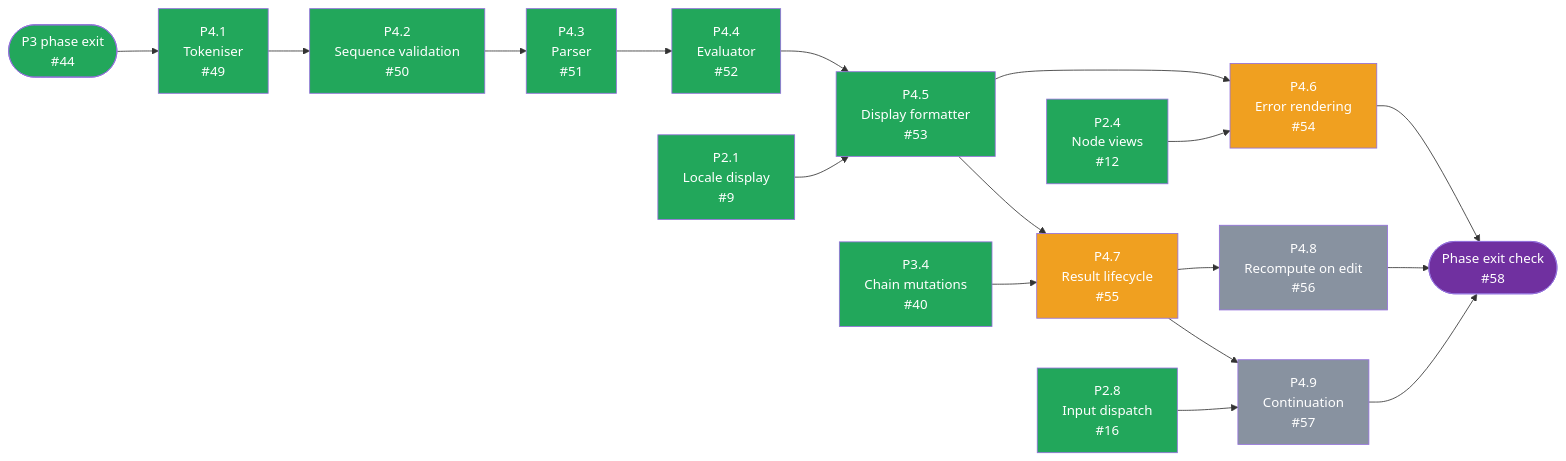
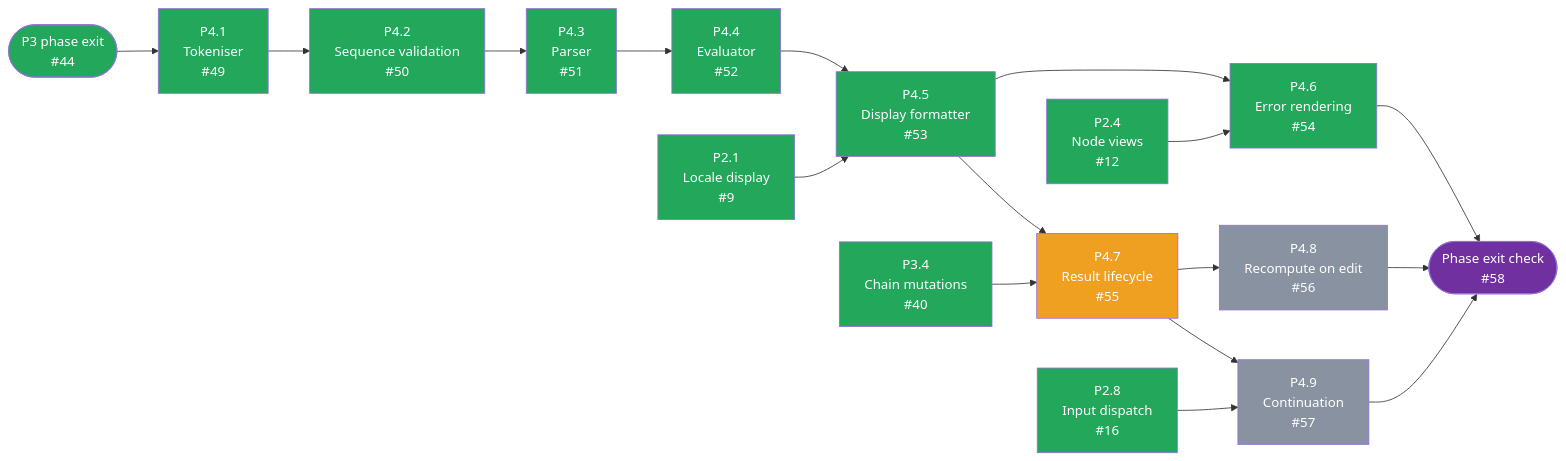
Before and after one commit to tousifosman/CalcMind: the third of 3 diagrams in docs/DEVELOPMENT_PLAN.md, drawn with Mermaid. The commit also changed other lines of this file and 10 other files, not shown here.

````diff
--- a/docs/DEVELOPMENT_PLAN.md
+++ b/docs/DEVELOPMENT_PLAN.md
@@ -499,51 +499,51 @@
 ```mermaid
 flowchart LR
     P3EXIT(["P3 phase exit<br/>#44"])
     P21["P2.1<br/>Locale display<br/>#9"]
     P24["P2.4<br/>Node views<br/>#12"]
     P28["P2.8<br/>Input dispatch<br/>#16"]
     P34["P3.4<br/>Chain mutations<br/>#40"]
     P41["P4.1<br/>Tokeniser<br/>#49"]
     P42["P4.2<br/>Sequence validation<br/>#50"]
     P43["P4.3<br/>Parser<br/>#51"]
     P44["P4.4<br/>Evaluator<br/>#52"]
     P45["P4.5<br/>Display formatter<br/>#53"]
     P46["P4.6<br/>Error rendering<br/>#54"]
     P47["P4.7<br/>Result lifecycle<br/>#55"]
     P48["P4.8<br/>Recompute on edit<br/>#56"]
     P49["P4.9<br/>Continuation<br/>#57"]
     EXIT(["Phase exit check<br/>#58"])
 
     P3EXIT --> P41
     P41 --> P42
     P42 --> P43
     P43 --> P44
     P44 --> P45
     P21 --> P45
     P45 --> P46
     P24 --> P46
     P45 --> P47
     P34 --> P47
     P47 --> P48
     P47 --> P49
     P28 --> P49
     P46 --> EXIT
     P48 --> EXIT
     P49 --> EXIT
 
     style P3EXIT fill:#22A75B,color:#fff
     style P21 fill:#22A75B,color:#fff
     style P24 fill:#22A75B,color:#fff
     style P28 fill:#22A75B,color:#fff
     style P34 fill:#22A75B,color:#fff
     style P41 fill:#22A75B,color:#fff
     style P42 fill:#22A75B,color:#fff
     style P43 fill:#22A75B,color:#fff
     style P44 fill:#22A75B,color:#fff
     style P45 fill:#22A75B,color:#fff
-    style P46 fill:#F0A020,color:#fff
+    style P46 fill:#22A75B,color:#fff
     style P47 fill:#F0A020,color:#fff
     style P48 fill:#8892A0,color:#fff
     style P49 fill:#8892A0,color:#fff
     style EXIT fill:#7030A0,color:#fff
 ```
````
